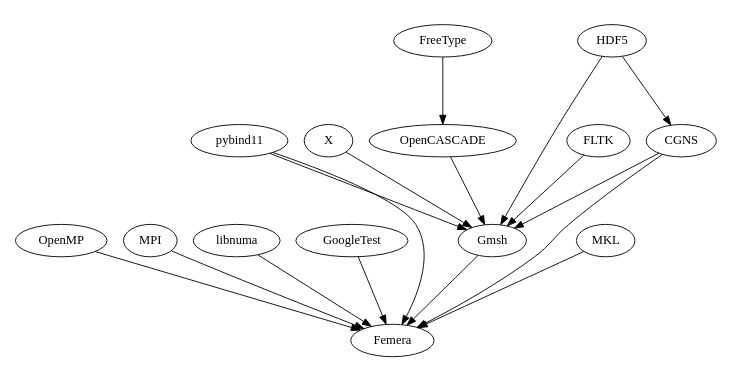
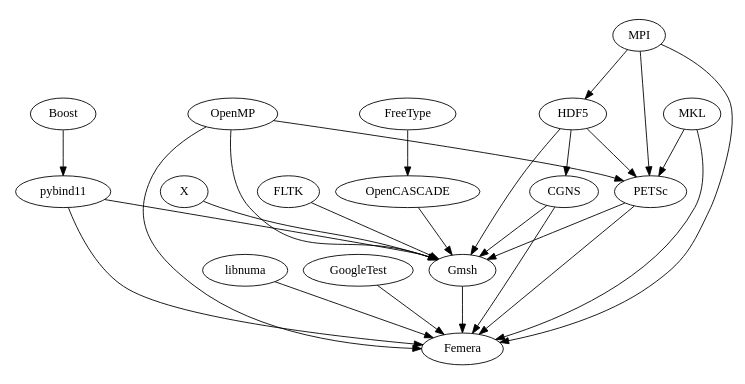
The diagram in external/external.dot (waggyz/femera-mini-app), drawn with Graphviz before and after one commit. The commit also changed 12 other files, not shown here.

```diff
--- a/external/external.dot
+++ b/external/external.dot
@@ -1,24 +1,33 @@
-digraph "external dependencies" {
+digraph "Femera dependencies" {
  overlap=scale;
  size="6,3";
  ratio="fill";
  fontsize="12";
  fontname="Helvetica";
  clusterrank="local";
  "OpenMP" -> "Femera"
  "MPI" -> "Femera"
  "libnuma" -> "Femera"
  "GoogleTest" -> "Femera"
  "pybind11" -> "Femera"
+ "Boost" -> "pybind11"
  "Gmsh" -> "Femera"
+ "OpenMP" -> "Gmsh"
  "pybind11" -> "Gmsh"
  "CGNS" -> "Gmsh"
  "HDF5" -> "Gmsh"
+ "PETSc" -> "Gmsh"
  "FLTK" -> "Gmsh"
  "X" -> "Gmsh"
  "OpenCASCADE" -> "Gmsh"
  "FreeType" -> "OpenCASCADE"
+ "MPI" -> "HDF5"
  "CGNS" -> "Femera"
  "HDF5" -> "CGNS"
+ "PETSc" -> "Femera"
+ "OpenMP" -> "PETSc"
+ "MPI" -> "PETSc"
+ "MKL" -> "PETSc"
+ "HDF5" -> "PETSc"
  "MKL" -> "Femera"
  }
```
